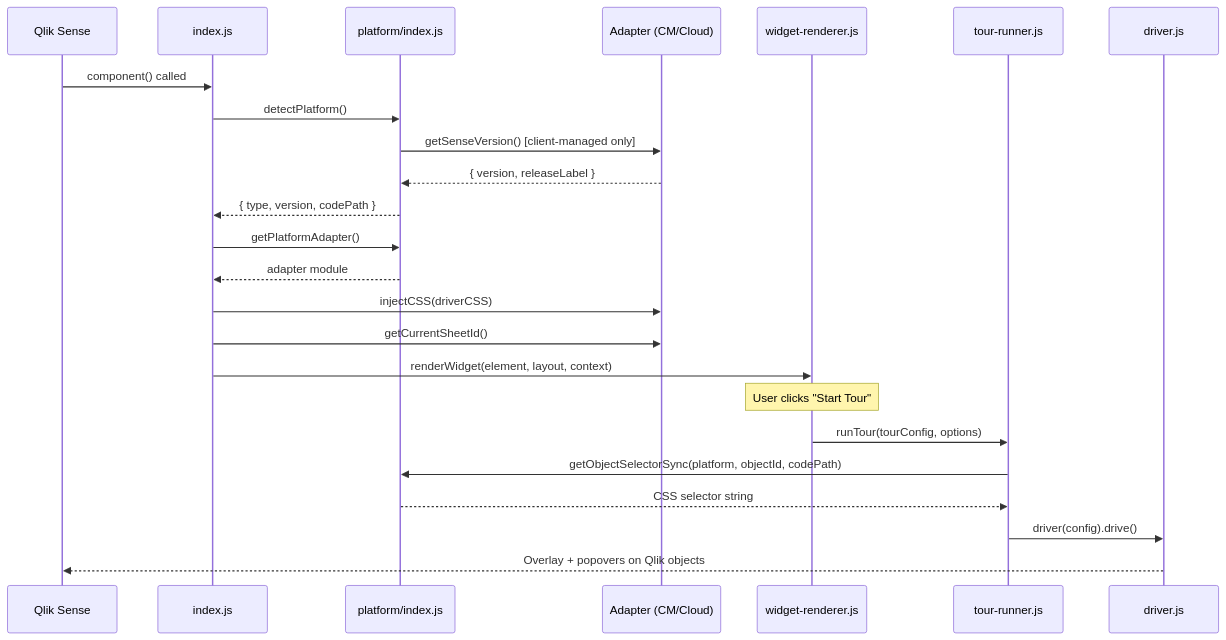
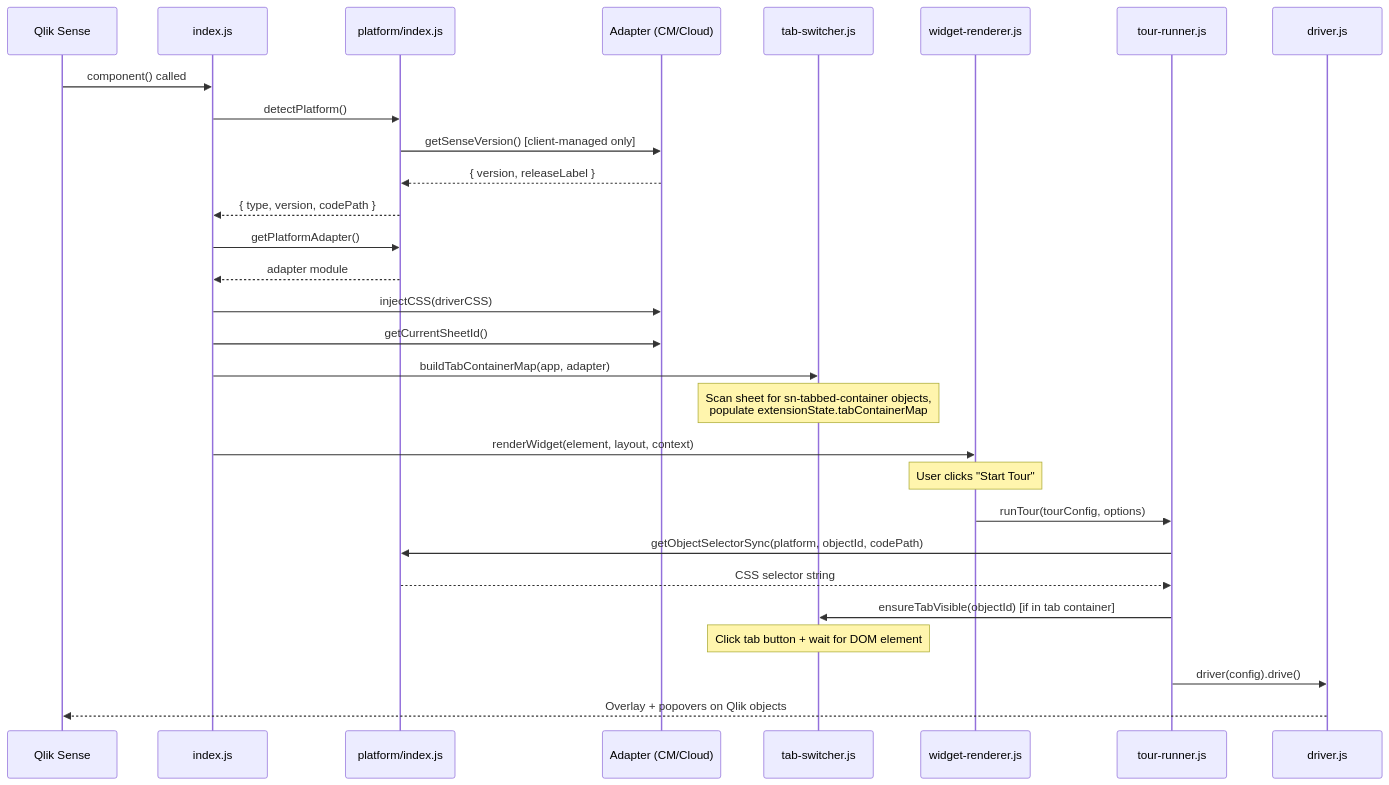
One commit to ptarmiganlabs/onboard.qs changed the second of 5 diagrams in docs/ARCHITECTURE.md. Above: the diagram before and after it, drawn with Mermaid. The commit also changed other lines of this file and 14 other files, not shown here.

````diff
--- a/docs/ARCHITECTURE.md
+++ b/docs/ARCHITECTURE.md
@@ -101,27 +107,32 @@
 ```mermaid
 sequenceDiagram
     participant QS as Qlik Sense
     participant EP as index.js
     participant PI as platform/index.js
     participant AD as Adapter (CM/Cloud)
+    participant TB as tab-switcher.js
     participant WR as widget-renderer.js
     participant TR as tour-runner.js
     participant DJ as driver.js
 
     QS->>EP: component() called
     EP->>PI: detectPlatform()
     PI->>AD: getSenseVersion() [client-managed only]
     AD-->>PI: { version, releaseLabel }
     PI-->>EP: { type, version, codePath }
     EP->>PI: getPlatformAdapter()
     PI-->>EP: adapter module
     EP->>AD: injectCSS(driverCSS)
     EP->>AD: getCurrentSheetId()
+    EP->>TB: buildTabContainerMap(app, adapter)
+    Note over TB: Scan sheet for sn-tabbed-container objects,<br/>populate extensionState.tabContainerMap
     EP->>WR: renderWidget(element, layout, context)
     Note over WR: User clicks "Start Tour"
     WR->>TR: runTour(tourConfig, options)
     TR->>PI: getObjectSelectorSync(platform, objectId, codePath)
     PI-->>TR: CSS selector string
+    TR->>TB: ensureTabVisible(objectId) [if in tab container]
+    Note over TB: Click tab button + wait for DOM element
     TR->>DJ: driver(config).drive()
     DJ-->>QS: Overlay + popovers on Qlik objects
 ```
````
